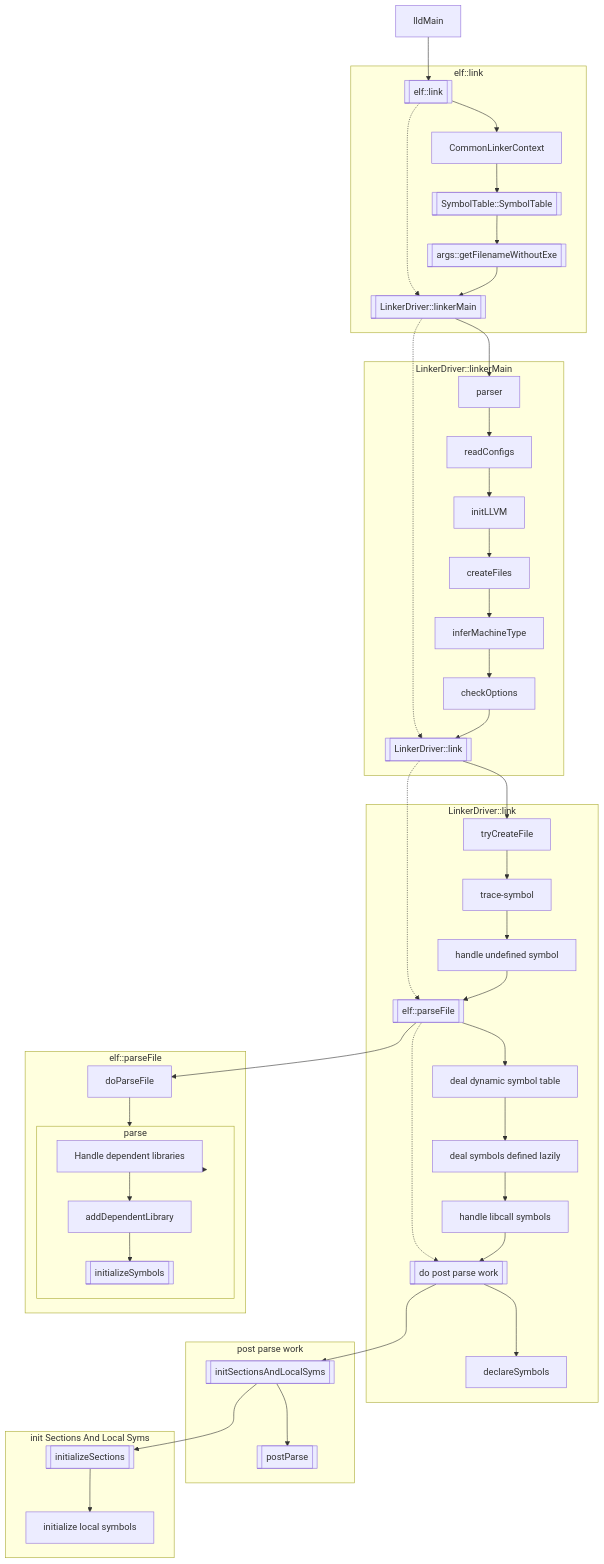
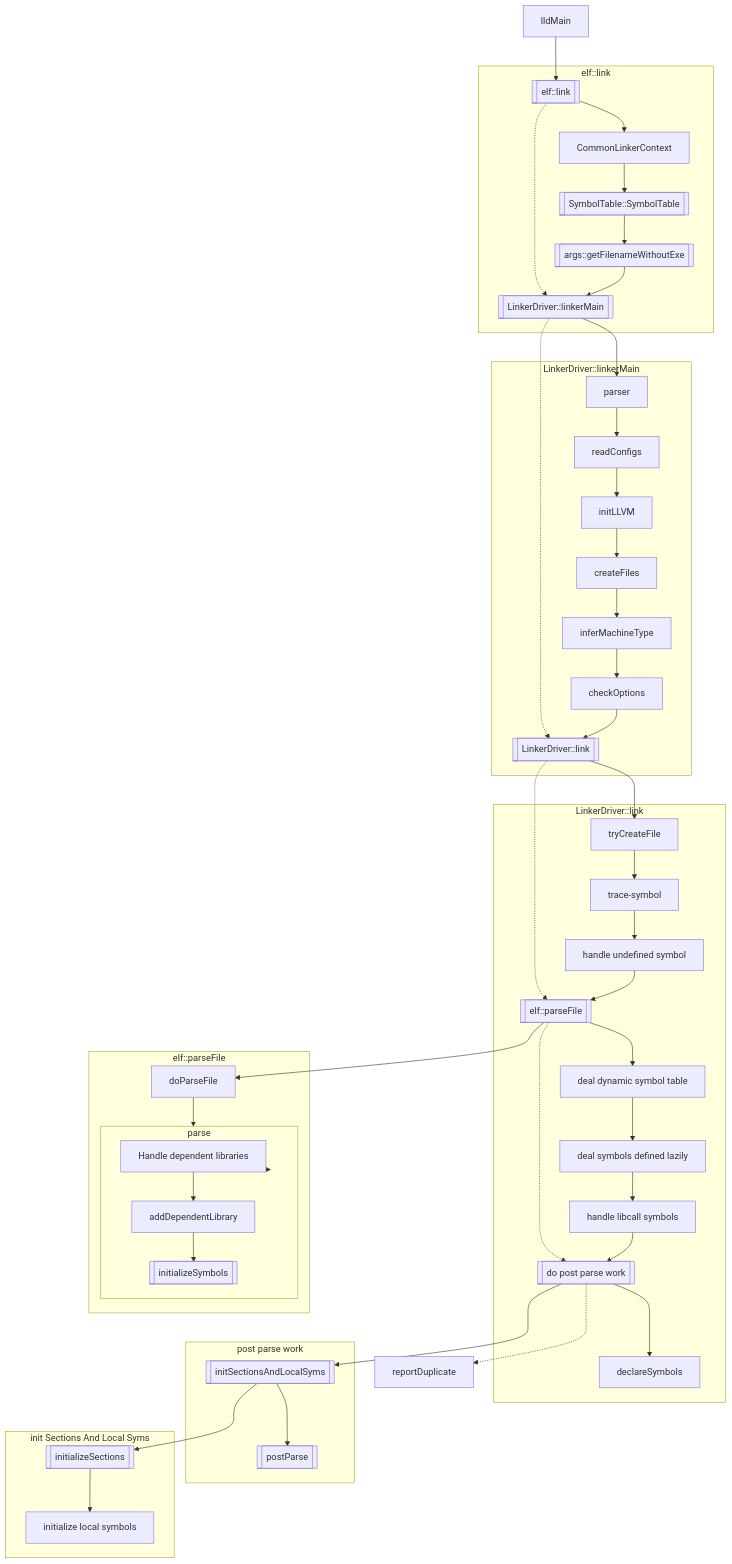
The first of 2 diagrams in compiler/llvm-note.md (acelyb/MY-NOTE), drawn with Mermaid before and after one commit. The commit also changed other lines of this file and 1 other file, not shown here.

````diff
--- a/compiler/llvm-note.md
+++ b/compiler/llvm-note.md
@@ -9,58 +9,59 @@
 ```mermaid
 graph TD
     lldMain[lldMain] --> elflink[[elf::link]]
     elflink -.-> LinkerDriverlinkerMain[[LinkerDriver::linkerMain]]
     LinkerDriverlinkerMain -.-> LinkerDriverlink[[LinkerDriver::link]]
     LinkerDriverlink -.-> elfparseFile[[elf::parseFile]]
     elfparseFile -.-> dopostparse[[do post parse work]]
+    dopostparse -.-> reportDuplicate
 
     subgraph elf::link
         elflink --> ctx[CommonLinkerContext]
         ctx --> SymbolTable[[SymbolTable::SymbolTable]]
         SymbolTable --> getFilenameWithoutExe[[args::getFilenameWithoutExe]]
         getFilenameWithoutExe --> LinkerDriverlinkerMain
     end
 
     subgraph LinkerDriver::linkerMain
         LinkerDriverlinkerMain --> parser
         parser --> readConfigs
         readConfigs --> initLLVM
         initLLVM --> createFiles
         createFiles --> inferMachineType
         inferMachineType --> checkOptions
         checkOptions --> LinkerDriverlink
     end
 
     subgraph LinkerDriver::link
         LinkerDriverlink --> tryCreateFile
         tryCreateFile --> trace-symbol
         trace-symbol --> handleundefined[handle undefined symbol]
         handleundefined --> elfparseFile
         elfparseFile --> hasDynSymTab[deal dynamic symbol table]
         hasDynSymTab --> deallazysymbol[deal symbols defined lazily]
         deallazysymbol --> handleLibcall[handle libcall symbols]
         handleLibcall --> dopostparse
         dopostparse --> declareSymbols
     end
 
     subgraph elf::parseFile
         elfparseFile --> doParseFile
         doParseFile --> parse[[parse]]
     end
 
     subgraph parse
         parse --> Handledependentlibraries[Handle dependent libraries]
         Handledependentlibraries --> addDependentLibrary
         addDependentLibrary --> initializeSymbols[[initializeSymbols]]
     end
 
     subgraph post parse work
         dopostparse --> initSectionsAndLocalSyms[[initSectionsAndLocalSyms]]
         initSectionsAndLocalSyms --> postParse[[postParse]]
     end
 
     subgraph init Sections And Local Syms
         initSectionsAndLocalSyms --> initializeSections[[initializeSections]]
         initializeSections --> initializeLocalSyms[initialize local symbols]
     end
 ```
````
